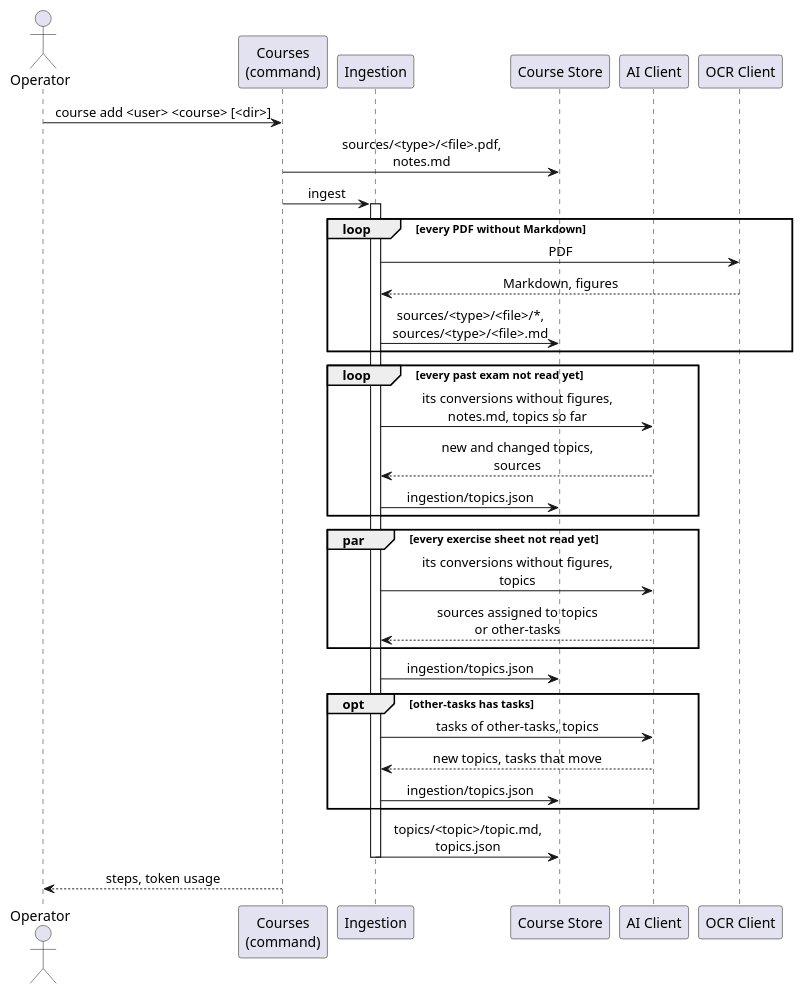
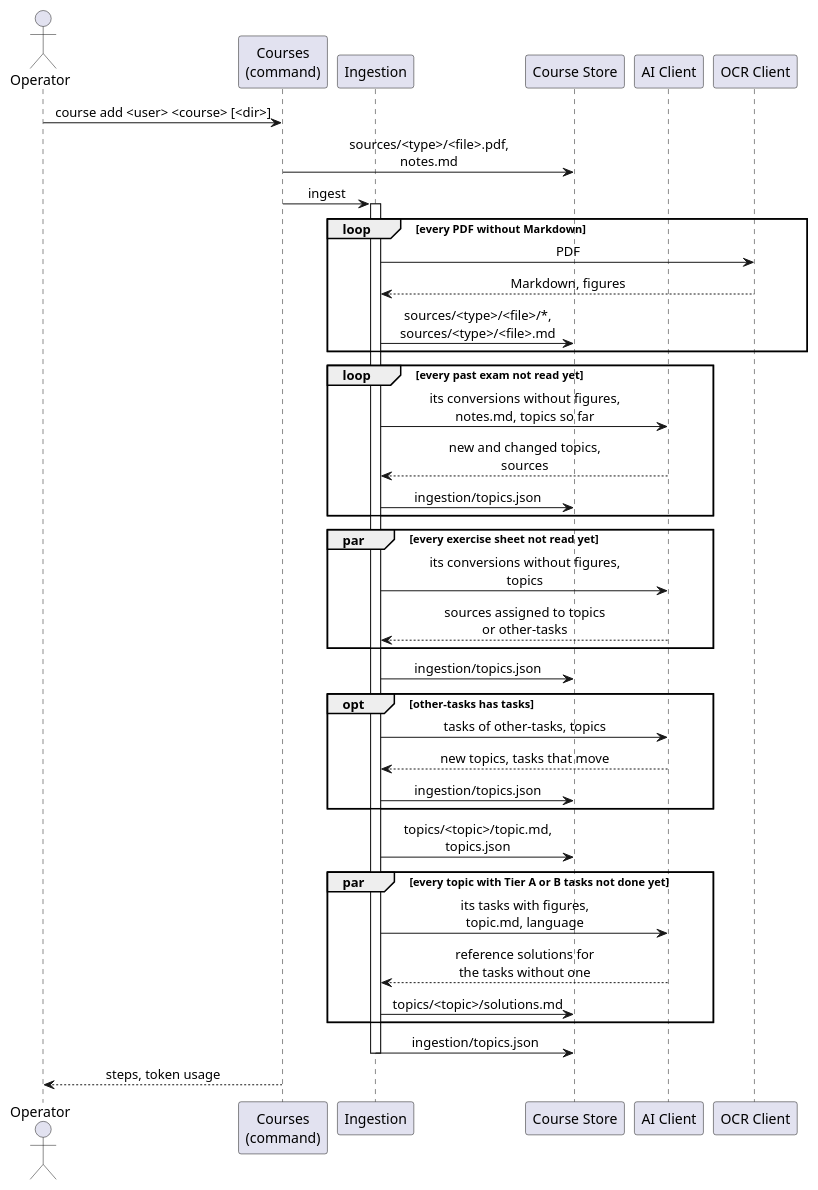
One commit to leon-hrk/iknownothing changed the diagram in docs/arc42/diagrams/runtime-ingestion.puml. Above: the diagram before and after it, drawn with PlantUML. The commit also changed 18 other files, not shown here.

First line of the commit message:
feat: write reference solutions for tasks without one

```diff
--- a/docs/arc42/diagrams/runtime-ingestion.puml
+++ b/docs/arc42/diagrams/runtime-ingestion.puml
@@ -1,44 +1,51 @@
 @startuml
 skinparam shadowing false
 skinparam defaultTextAlignment center
 
 actor "Operator" as operator
 participant "Courses\n(command)" as courses
 participant "Ingestion" as ingestion
 participant "Course Store" as store
 participant "AI Client" as ai
 participant "OCR Client" as ocr
 
 operator -> courses : course add <user> <course> [<dir>]
 courses -> store : sources/<type>/<file>.pdf,\nnotes.md
 courses -> ingestion : ingest
 activate ingestion
 
 loop every PDF without Markdown
   ingestion -> ocr : PDF
   ocr --> ingestion : Markdown, figures
   ingestion -> store : sources/<type>/<file>/*,\nsources/<type>/<file>.md
 end
 
 loop every past exam not read yet
   ingestion -> ai : its conversions without figures,\nnotes.md, topics so far
   ai --> ingestion : new and changed topics,\nsources
   ingestion -> store : ingestion/topics.json
 end
 
 par every exercise sheet not read yet
   ingestion -> ai : its conversions without figures,\ntopics
   ai --> ingestion : sources assigned to topics\nor other-tasks
 end
 ingestion -> store : ingestion/topics.json
 
 opt other-tasks has tasks
   ingestion -> ai : tasks of other-tasks, topics
   ai --> ingestion : new topics, tasks that move
   ingestion -> store : ingestion/topics.json
 end
 
 ingestion -> store : topics/<topic>/topic.md,\ntopics.json
+
+par every topic with Tier A or B tasks not done yet
+  ingestion -> ai : its tasks with figures,\ntopic.md, language
+  ai --> ingestion : reference solutions for\nthe tasks without one
+  ingestion -> store : topics/<topic>/solutions.md
+end
+ingestion -> store : ingestion/topics.json
 deactivate ingestion
 courses --> operator : steps, token usage
 @enduml
```
